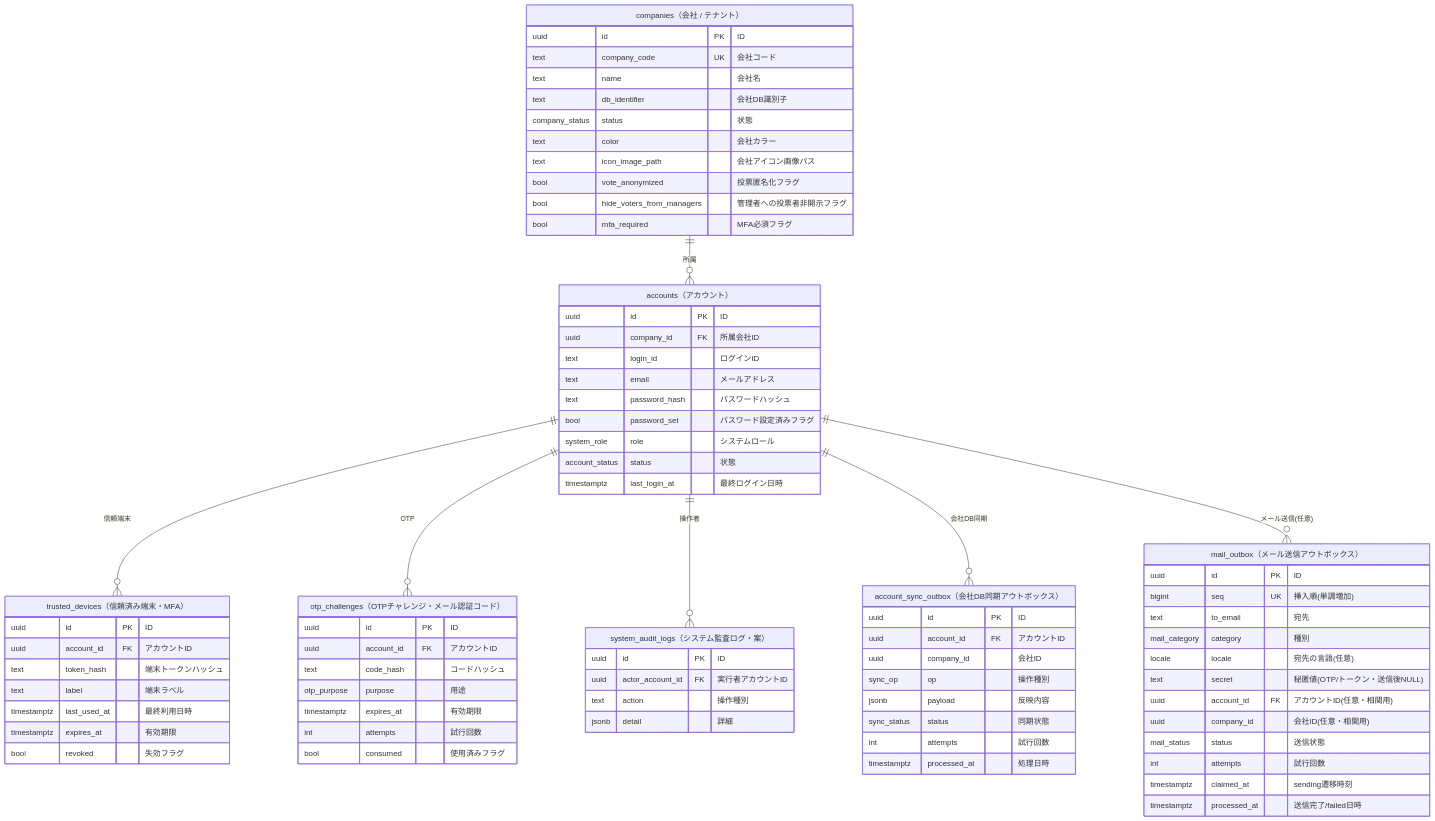
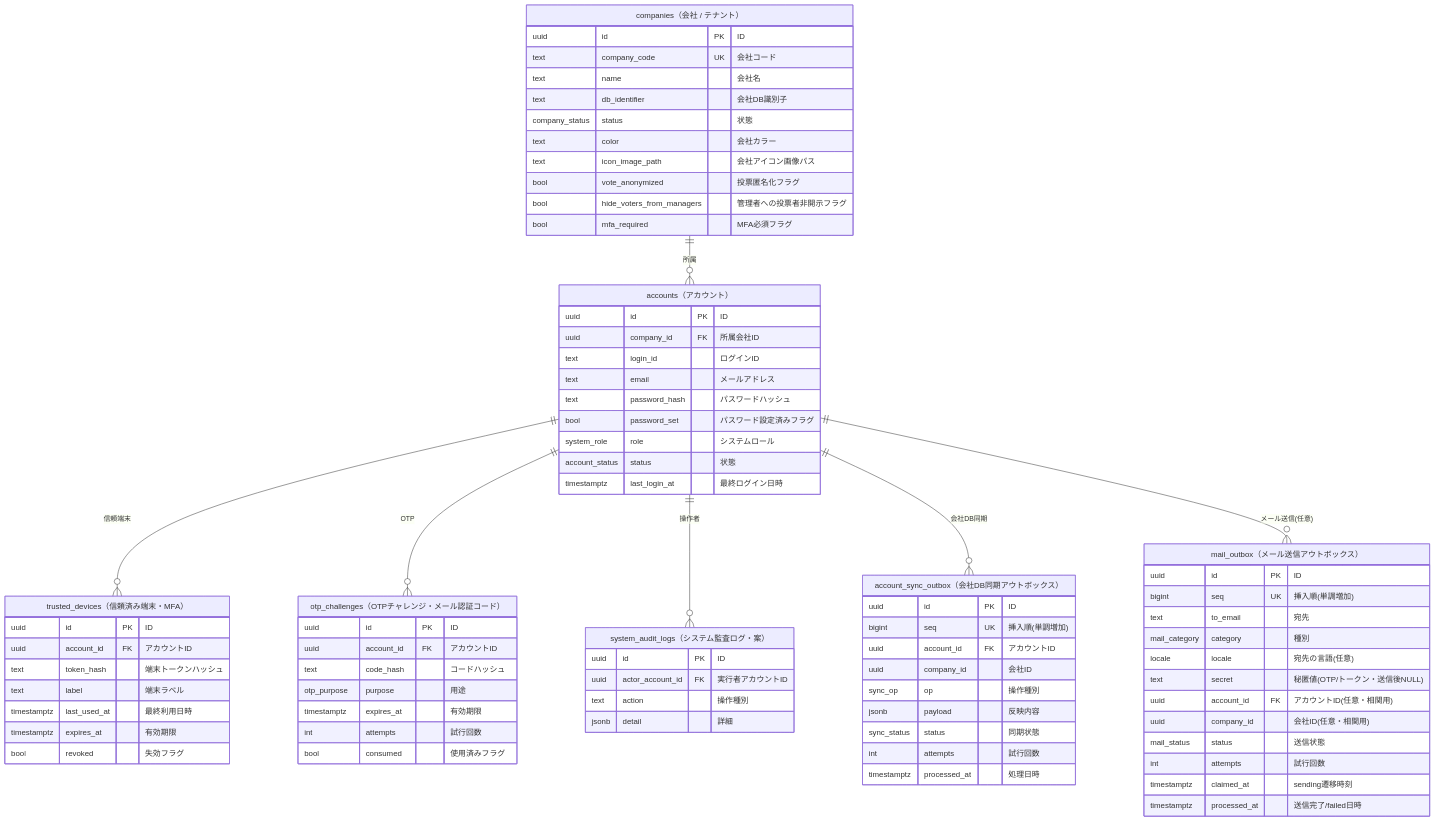
One commit to t-umekawa-sc/sc-ideaquest-G2 changed the second of 4 diagrams in doc/データモデル.md. Above: the diagram before and after it, drawn with Mermaid. The commit also changed other lines of this file, not shown here.

First line of the commit message:
docs(データモデル §4.6) seq を明記＝実装との差分を正規化

````diff
--- a/doc/データモデル.md
+++ b/doc/データモデル.md
@@ -157,81 +157,82 @@
 ```mermaid
 erDiagram
   companies ||--o{ accounts : "所属"
   accounts ||--o{ trusted_devices : "信頼端末"
   accounts ||--o{ otp_challenges : "OTP"
   accounts ||--o{ system_audit_logs : "操作者"
   accounts ||--o{ account_sync_outbox : "会社DB同期"
   accounts ||--o{ mail_outbox : "メール送信(任意)"
 
   companies["companies（会社 / テナント）"] {
     uuid id PK "ID"
     text company_code UK "会社コード"
     text name "会社名"
     text db_identifier "会社DB識別子"
     company_status status "状態"
     text color "会社カラー"
     text icon_image_path "会社アイコン画像パス"
     bool vote_anonymized "投票匿名化フラグ"
     bool hide_voters_from_managers "管理者への投票者非開示フラグ"
     bool mfa_required "MFA必須フラグ"
   }
   accounts["accounts（アカウント）"] {
     uuid id PK "ID"
     uuid company_id FK "所属会社ID"
     text login_id "ログインID"
     text email "メールアドレス"
     text password_hash "パスワードハッシュ"
     bool password_set "パスワード設定済みフラグ"
     system_role role "システムロール"
     account_status status "状態"
     timestamptz last_login_at "最終ログイン日時"
   }
   trusted_devices["trusted_devices（信頼済み端末・MFA）"] {
     uuid id PK "ID"
     uuid account_id FK "アカウントID"
     text token_hash "端末トークンハッシュ"
     text label "端末ラベル"
     timestamptz last_used_at "最終利用日時"
     timestamptz expires_at "有効期限"
     bool revoked "失効フラグ"
   }
   otp_challenges["otp_challenges（OTPチャレンジ・メール認証コード）"] {
     uuid id PK "ID"
     uuid account_id FK "アカウントID"
     text code_hash "コードハッシュ"
     otp_purpose purpose "用途"
     timestamptz expires_at "有効期限"
     int attempts "試行回数"
     bool consumed "使用済みフラグ"
   }
   system_audit_logs["system_audit_logs（システム監査ログ・案）"] {
     uuid id PK "ID"
     uuid actor_account_id FK "実行者アカウントID"
     text action "操作種別"
     jsonb detail "詳細"
   }
   account_sync_outbox["account_sync_outbox（会社DB同期アウトボックス）"] {
     uuid id PK "ID"
+    bigint seq UK "挿入順(単調増加)"
     uuid account_id FK "アカウントID"
     uuid company_id "会社ID"
     sync_op op "操作種別"
     jsonb payload "反映内容"
     sync_status status "同期状態"
     int attempts "試行回数"
     timestamptz processed_at "処理日時"
   }
   mail_outbox["mail_outbox（メール送信アウトボックス）"] {
     uuid id PK "ID"
     bigint seq UK "挿入順(単調増加)"
     text to_email "宛先"
     mail_category category "種別"
     locale locale "宛先の言語(任意)"
     text secret "秘匿値(OTP/トークン・送信後NULL)"
     uuid account_id FK "アカウントID(任意・相関用)"
     uuid company_id "会社ID(任意・相関用)"
     mail_status status "送信状態"
     int attempts "試行回数"
     timestamptz claimed_at "sending遷移時刻"
     timestamptz processed_at "送信完了/failed日時"
   }
 ```
````
